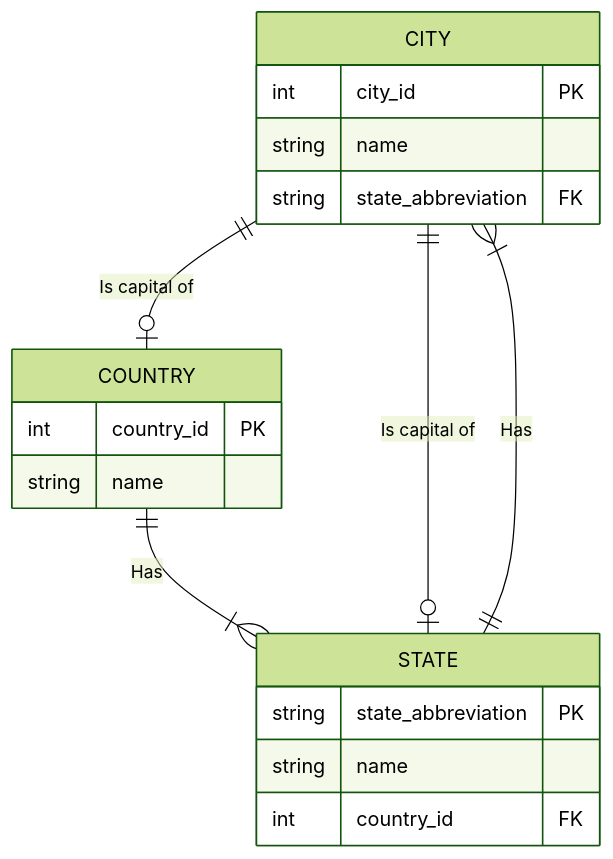
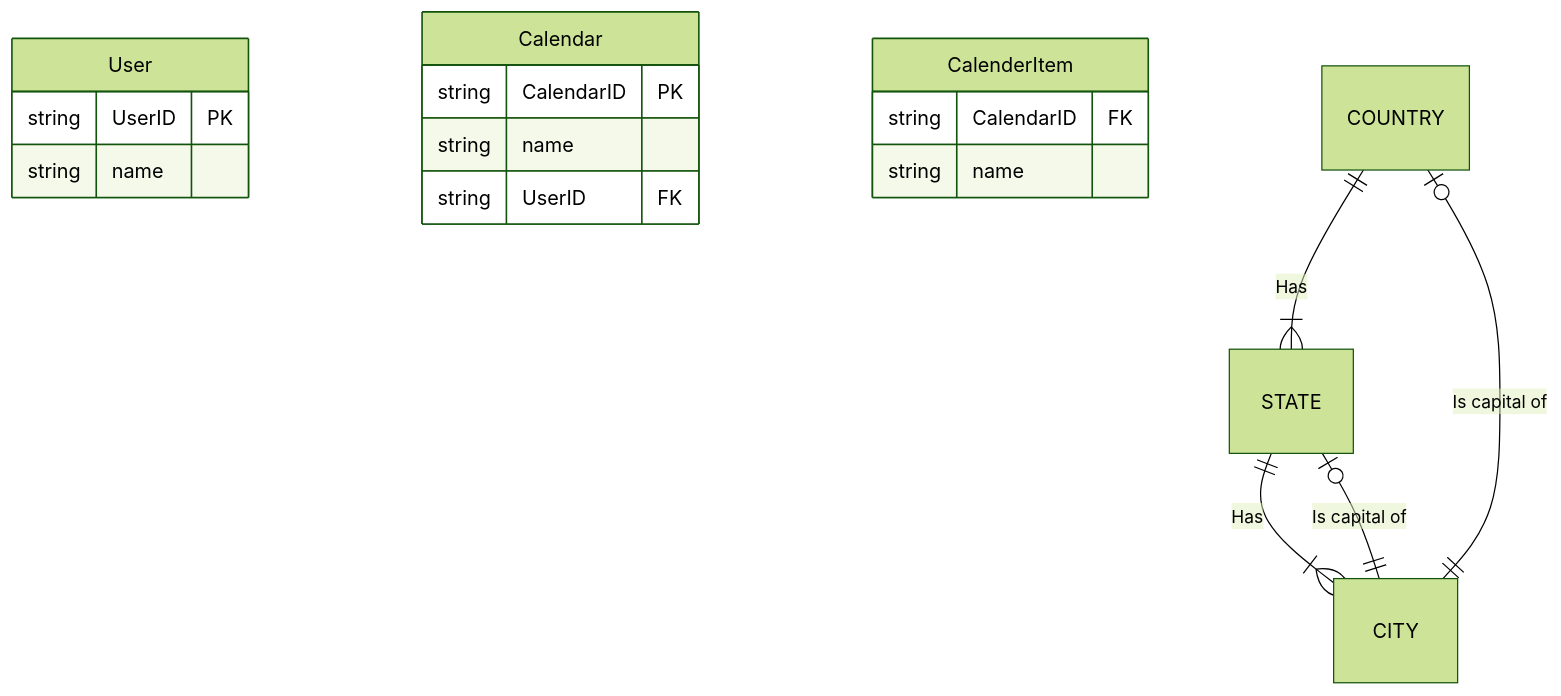
One commit to MatthewMckee4/TimeFrame changed the diagram in README.md. Above: the diagram before and after it, drawn with Mermaid (forest theme).

Commit message:
changed tables names in ER diagram

````diff
--- a/README.md
+++ b/README.md
@@ -5,21 +5,20 @@
 ```mermaid
 erDiagram
-    CITY {
-        int city_id PK
+    User {
+        string UserID PK
         string name
-        string state_abbreviation FK
     }
-    STATE {
-        string state_abbreviation PK
+    Calendar {
+        string CalendarID PK
         string name
-        int country_id FK
+        string UserID FK
     }
-    COUNTRY {
-        int country_id PK
+    CalenderItem {
+        string CalendarID FK
         string name
     }
     COUNTRY ||--|{ STATE : "Has"
     STATE ||--|{ CITY : "Has"
     CITY ||--o| STATE : "Is capital of"
     CITY ||--o| COUNTRY : "Is capital of"
 ```
````
